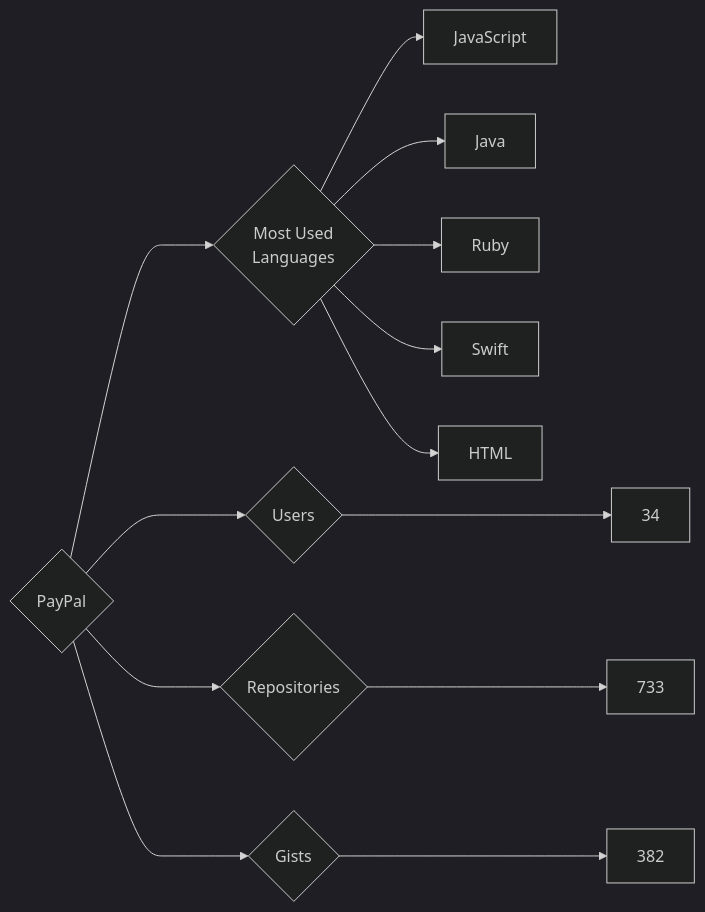
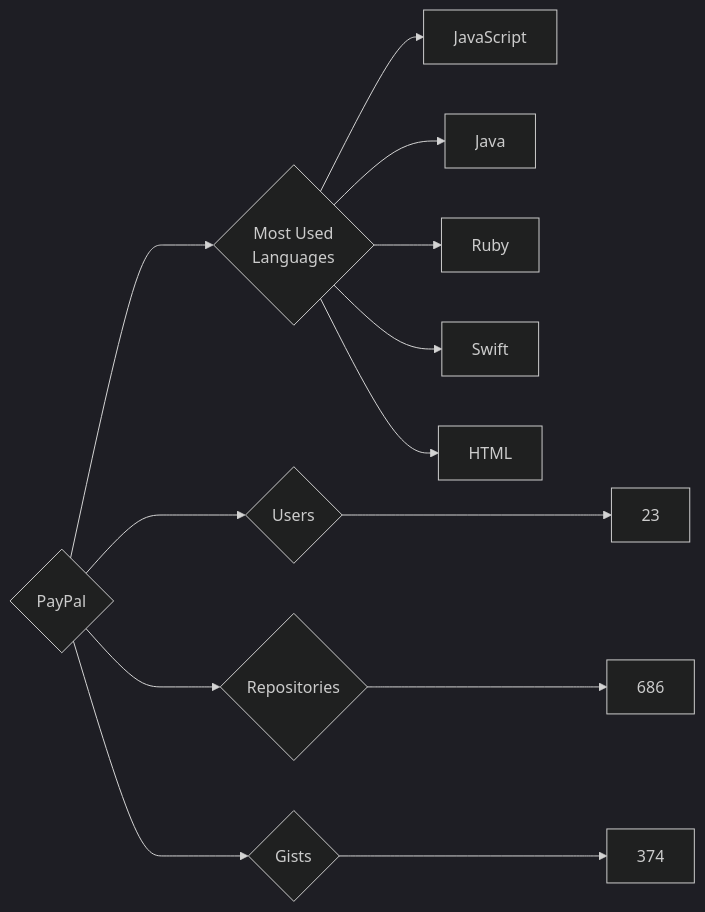
Before and after one commit to trickest/insiders: the diagram in targets/PayPal/README.md, drawn with Mermaid (dark theme). The commit also changed 973 other files, not shown here.

````diff
--- a/targets/PayPal/README.md
+++ b/targets/PayPal/README.md
@@ -3,13 +3,13 @@
 ```mermaid
 graph LR
 COMPANY_NAME{PayPal}
-COMPANY_NAME ---> U{Users} ---> UN[34]
-COMPANY_NAME ---> R{Repositories} ---> RN[733]
-COMPANY_NAME ---> G{Gists} ---> GN[382]
+COMPANY_NAME ---> U{Users} ---> UN[23]
+COMPANY_NAME ---> R{Repositories} ---> RN[686]
+COMPANY_NAME ---> G{Gists} ---> GN[374]
 COMPANY_NAME ---> ML{Most Used<br>Languages}
 ML --> JavaScript[JavaScript]
 ML --> Java[Java]
 ML --> Ruby[Ruby]
 ML --> Swift[Swift]
 ML --> HTML[HTML]
 ```
````
